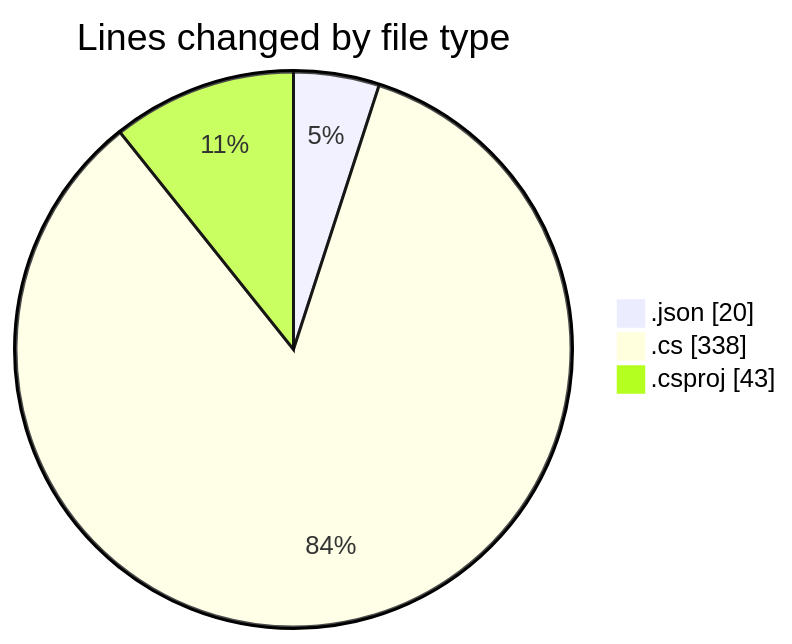
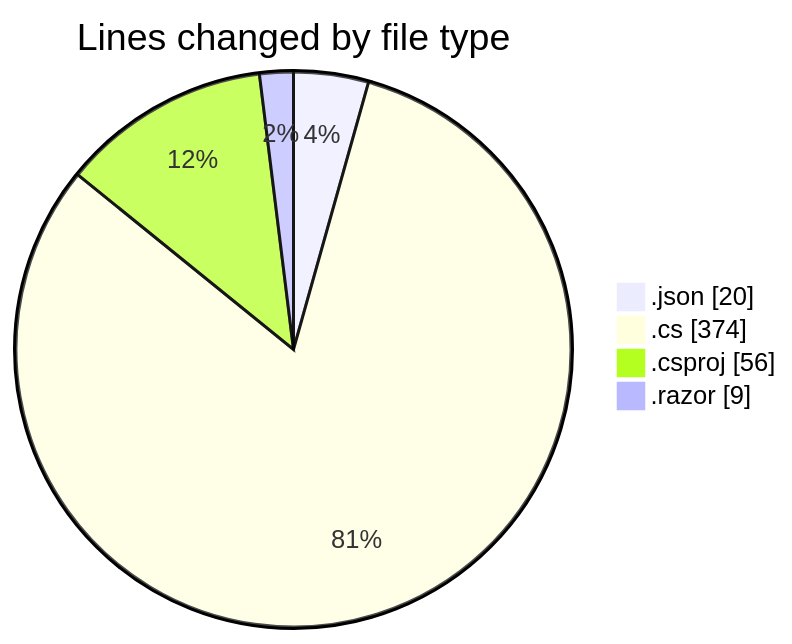
One commit to Netris89/code-tracking changed the first of 2 diagrams in 2025-04-05/schoolmanagement/README.md. Above: the diagram before and after it, drawn with Mermaid. The commit also changed other lines of this file and 1 other file, not shown here.

````diff
--- a/2025-04-05/schoolmanagement/README.md
+++ b/2025-04-05/schoolmanagement/README.md
@@ -29,7 +32,8 @@
 ```mermaid
 pie showData
 title Lines changed by file type
 ".json" : 20
-".cs" : 338
-".csproj" : 43
+".cs" : 374
+".csproj" : 56
+".razor" : 9
 ```
````
